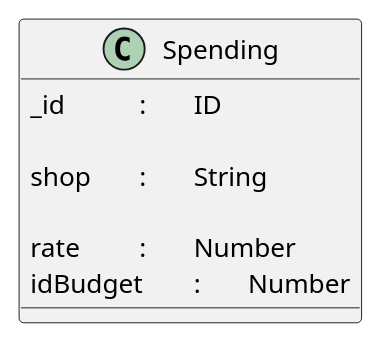
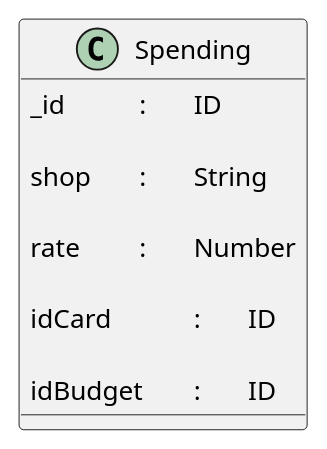
One commit to FlorianMarcon/BankModels changed the diagram in doc/Spending.plantuml. Above: the diagram before and after it, drawn with PlantUML. The commit also changed 17 other files, not shown here.

```diff
--- a/doc/Spending.plantuml
+++ b/doc/Spending.plantuml
@@ -1,12 +1,15 @@
 @startuml
 
 class Spending {
 	_id		:	ID
 
 	shop	:	String
 
 	rate		:	Number
-	idBudget	:	Number
+
+	idCard		:	ID
+
+	idBudget	:	ID
 }
 
 @enduml
```
